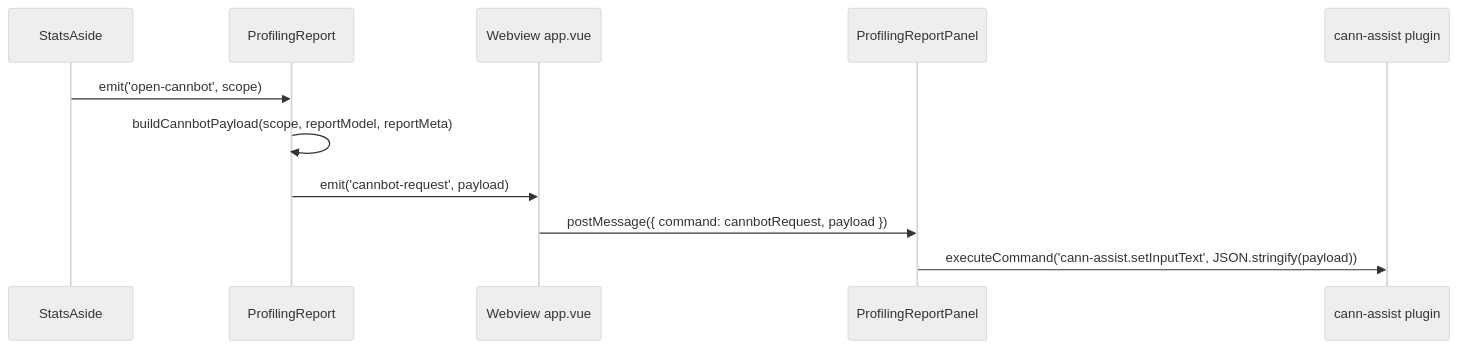
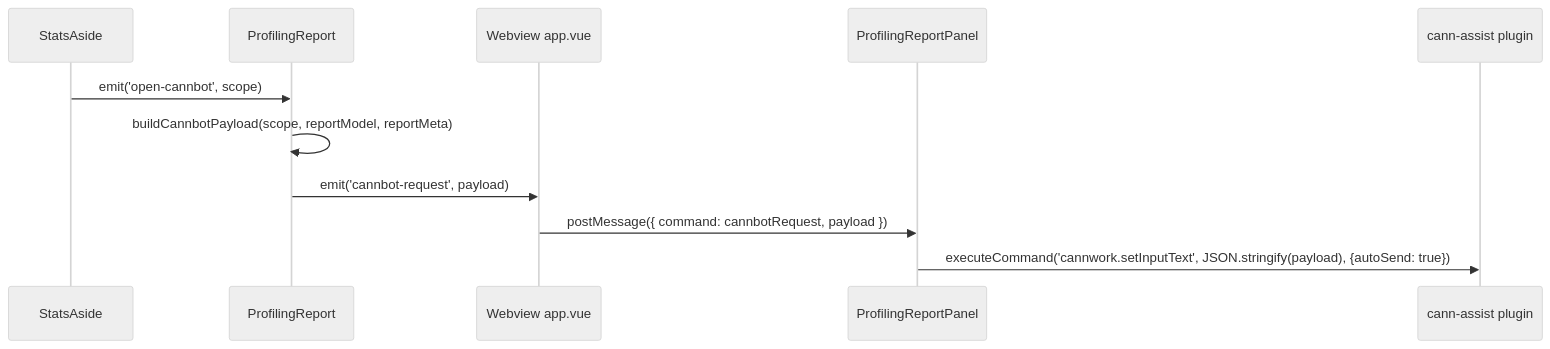
One commit to IdeFrontend/opdev_plugin changed the second of 2 diagrams in docs/profiling-report-integration.md. Above: the diagram before and after it, drawn with Mermaid (neutral theme). The commit also changed other lines of this file and 4 other files, not shown here.

````diff
--- a/docs/profiling-report-integration.md
+++ b/docs/profiling-report-integration.md
@@ -107,14 +107,14 @@
 ```mermaid
 sequenceDiagram
   participant Aside as StatsAside
   participant Comp as ProfilingReport
   participant WV as Webview app.vue
   participant Panel as ProfilingReportPanel
   participant Cann as cann-assist plugin
 
   Aside->>Comp: emit('open-cannbot', scope)
   Comp->>Comp: buildCannbotPayload(scope, reportModel, reportMeta)
   Comp->>WV: emit('cannbot-request', payload)
   WV->>Panel: postMessage({ command: cannbotRequest, payload })
-  Panel->>Cann: executeCommand('cann-assist.setInputText', JSON.stringify(payload))
+  Panel->>Cann: executeCommand('cannwork.setInputText', JSON.stringify(payload), {autoSend: true})
 ```
````
